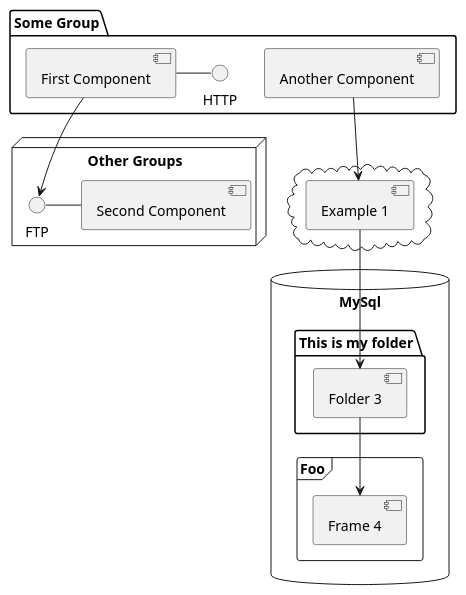
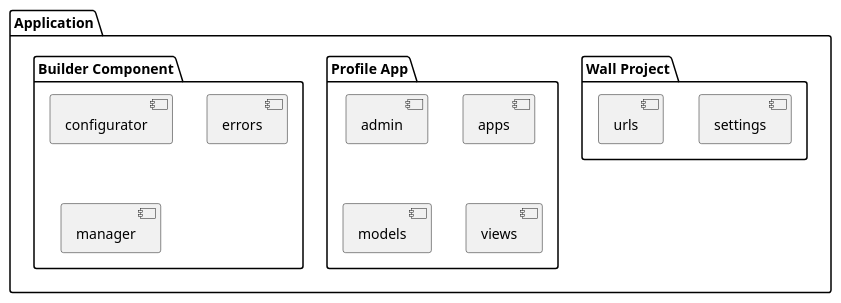
Before and after one commit to braboj/the-great-wall: the diagram in assets/plantuml/C4_L3_components.puml, drawn with PlantUML. The commit also changed 3 other files, not shown here.

Commit message:
(#16) - Update the plantuml diagrams

```diff
--- a/assets/plantuml/C4_L3_components.puml
+++ b/assets/plantuml/C4_L3_components.puml
@@ -1,34 +1,27 @@
 @startuml
 'https://plantuml.com/component-diagram
 
 
-package "Some Group" {
-  HTTP - [First Component]
-  [Another Component]
+package "Application" {
+
+    package "Wall Project" {
+        [settings]
+        [urls]
+    }
+
+    package "Profile App" {
+        [admin]
+        [apps]
+        [models]
+        [urls]
+        [views]
+    }
+
+    package "Builder Component" {
+        [configurator]
+        [errors]
+        [manager]
+    }
 }
 
-node "Other Groups" {
-  FTP - [Second Component]
-  [First Component] --> FTP
-}
-
-cloud {
-  [Example 1]
-}
-
-
-database "MySql" {
-  folder "This is my folder" {
-    [Folder 3]
-  }
-  frame "Foo" {
-    [Frame 4]
-  }
-}
-
-
-[Another Component] --> [Example 1]
-[Example 1] --> [Folder 3]
-[Folder 3] --> [Frame 4]
-
 @enduml
```
